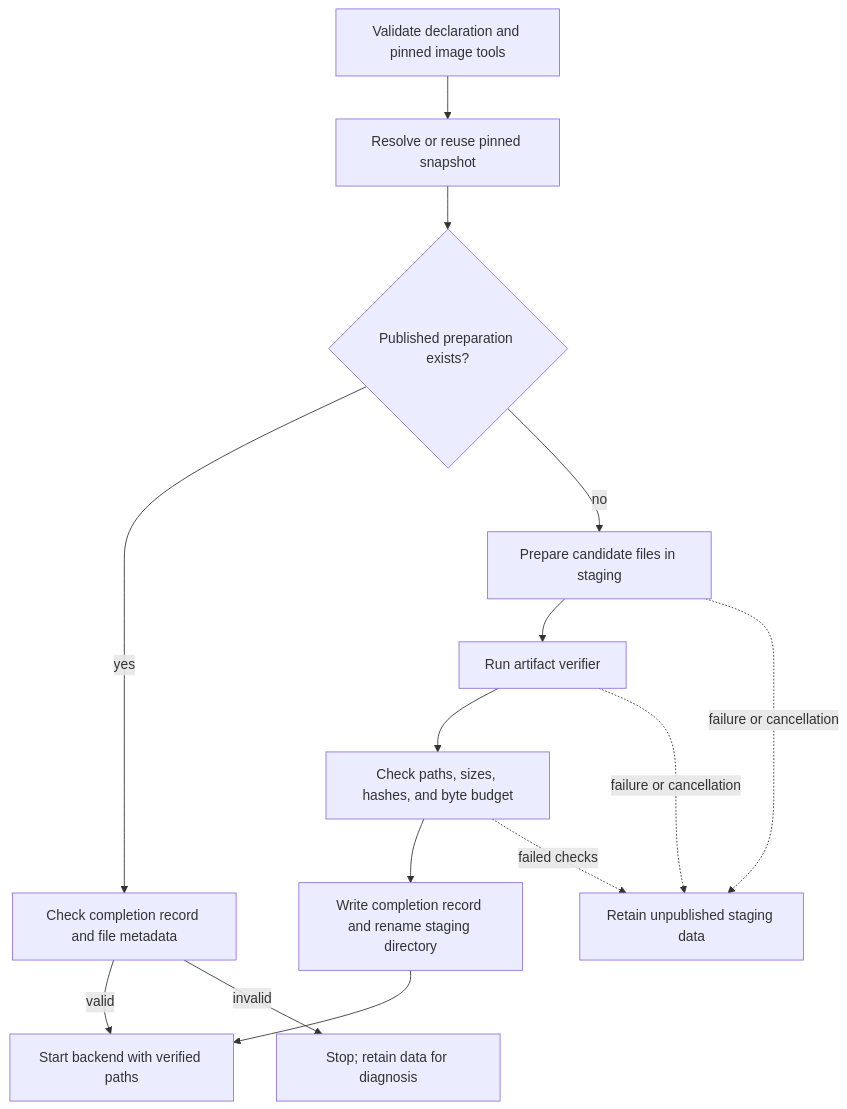
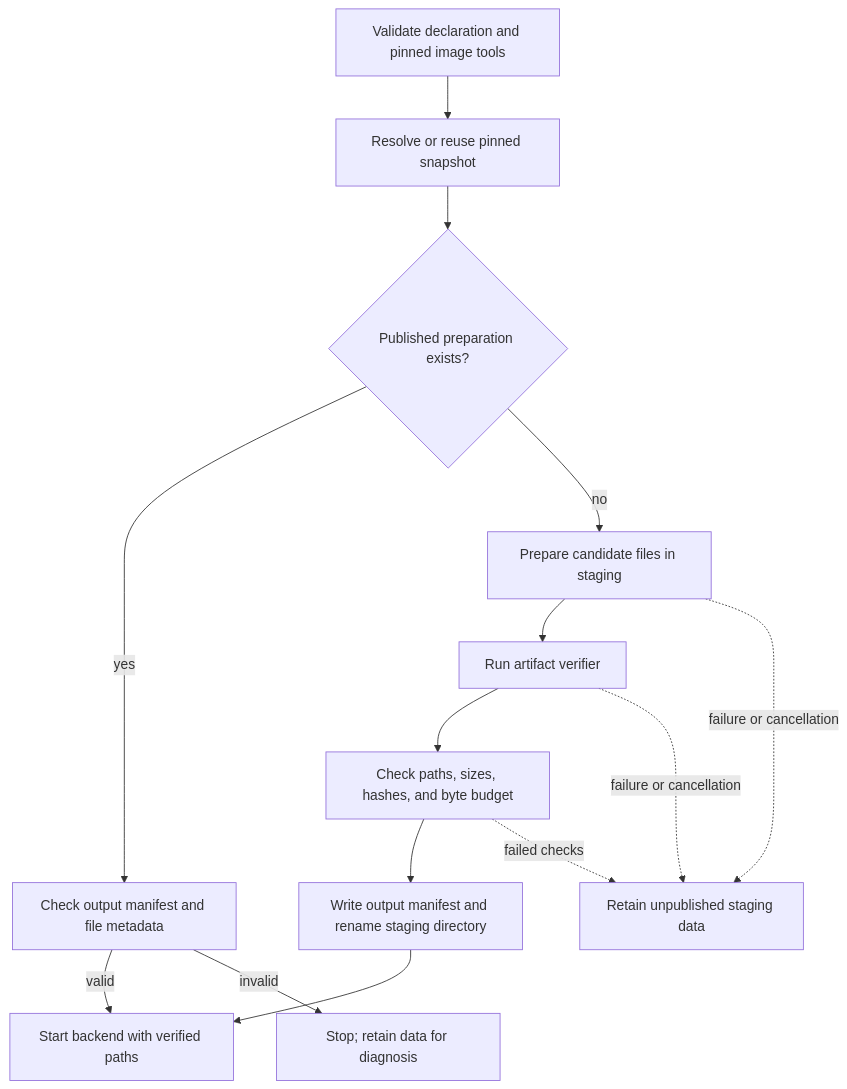
Before and after one commit to NVIDIA/NemoClaw: the diagram in docs/design/recipes.md, drawn with Mermaid. The commit also changed other lines of this file and 7 other files, not shown here.

````diff
--- a/docs/design/recipes.md
+++ b/docs/design/recipes.md
@@ -33,16 +34,16 @@
 ```mermaid
 flowchart TD
     Contract[Validate declaration and pinned image tools] --> Snapshot[Resolve or reuse pinned snapshot]
     Snapshot --> Existing{Published preparation exists?}
-    Existing -->|yes| Observe[Check completion record and file metadata]
+    Existing -->|yes| Observe[Check output manifest and file metadata]
     Observe -->|valid| Serve[Start backend with verified paths]
     Observe -->|invalid| Stop[Stop; retain data for diagnosis]
     Existing -->|no| Stage[Prepare candidate files in staging]
     Stage --> Verify[Run artifact verifier]
     Verify --> Check[Check paths, sizes, hashes, and byte budget]
-    Check --> Publish[Write completion record and rename staging directory]
+    Check --> Publish[Write output manifest and rename staging directory]
     Publish --> Serve
     Stage -. failure or cancellation .-> Retain[Retain unpublished staging data]
     Verify -. failure or cancellation .-> Retain
     Check -. failed checks .-> Retain
 ```
````
